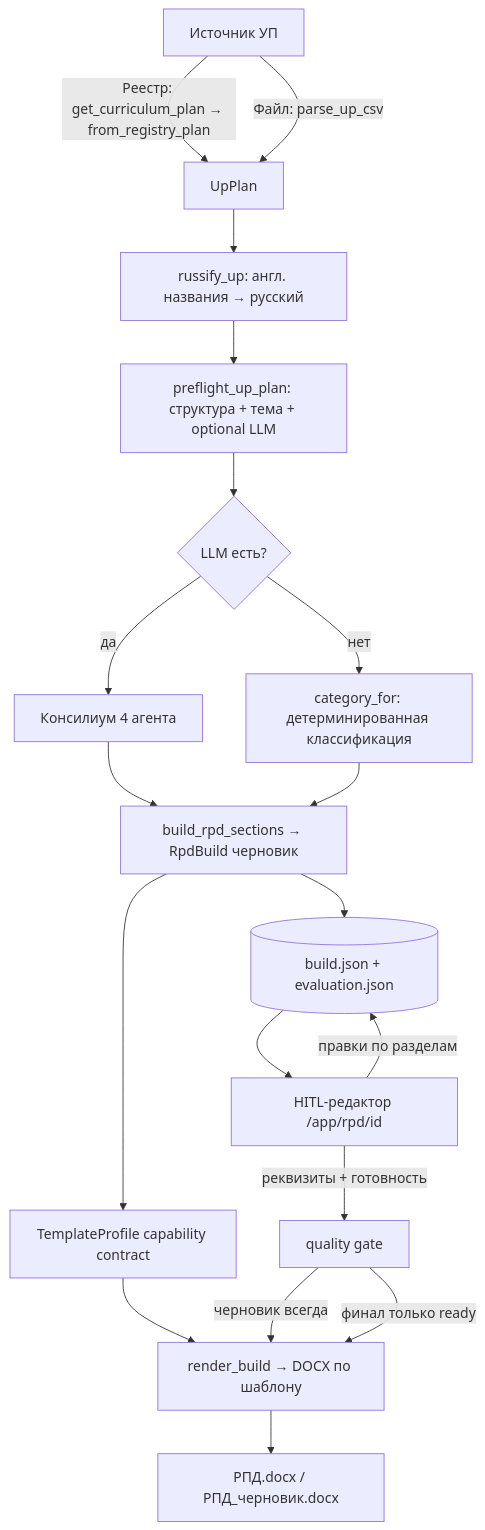
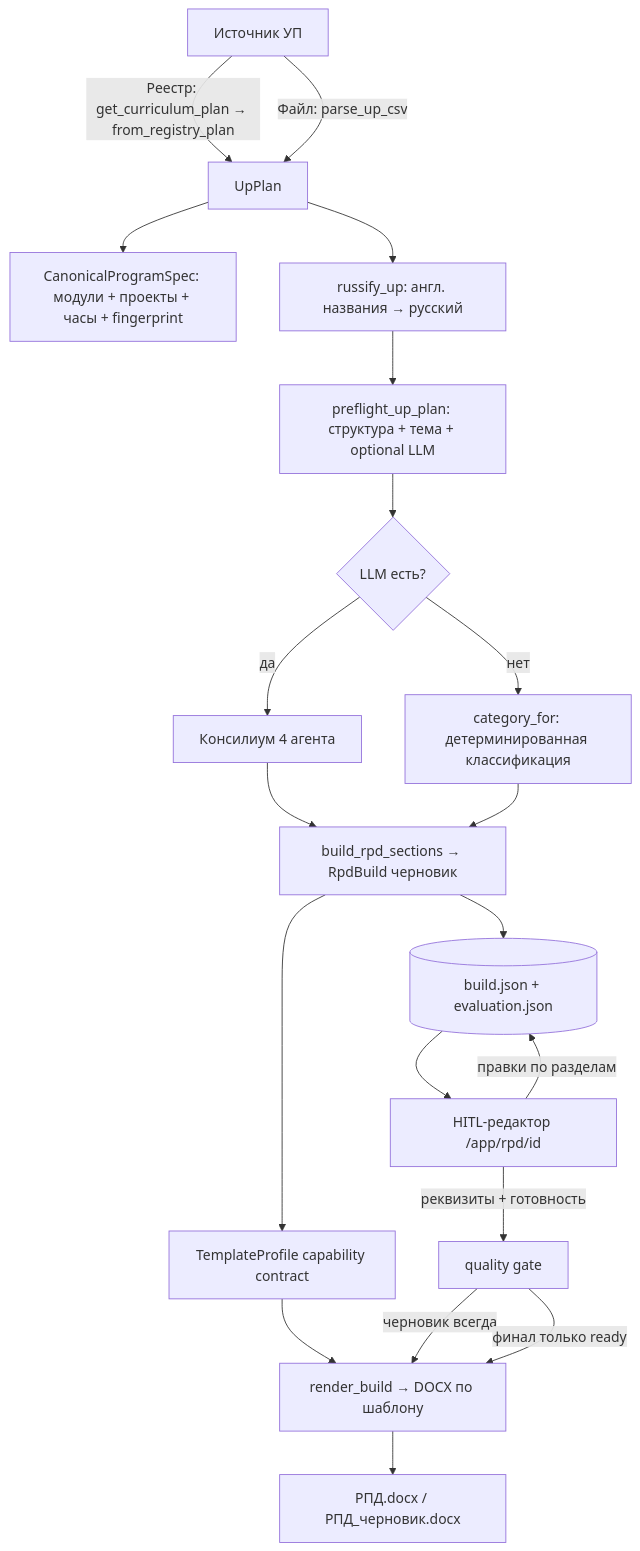
One commit to Zheltenkov/S21_content_factory changed the diagram in docs/rpd-generator.md. Above: the diagram before and after it, drawn with Mermaid. The commit also changed other lines of this file and 17 other files, not shown here.

````diff
--- a/docs/rpd-generator.md
+++ b/docs/rpd-generator.md
@@ -43,21 +49,22 @@
 ```mermaid
 flowchart TD
     A[Источник УП] -->|Реестр: get_curriculum_plan → from_registry_plan| U[UpPlan]
     A -->|Файл: parse_up_csv| U
+    U --> S[CanonicalProgramSpec: модули + проекты + часы + fingerprint]
     U --> R[russify_up: англ. названия → русский]
     R --> P[preflight_up_plan: структура + тема + optional LLM]
     P --> C{LLM есть?}
     C -->|да| K[Консилиум 4 агента]
     C -->|нет| D[category_for: детерминированная классификация]
     K --> B[build_rpd_sections → RpdBuild черновик]
     D --> B
     B --> J[(build.json + evaluation.json)]
     B --> TP[TemplateProfile capability contract]
     TP --> RB[render_build → DOCX по шаблону]
     J --> E[HITL-редактор /app/rpd/id]
     E -->|правки по разделам| J
     E -->|реквизиты + готовность| Q[quality gate]
     Q -->|черновик всегда| RB
     Q -->|финал только ready| RB
     RB --> OUT[РПД.docx / РПД_черновик.docx]
 ```
````
